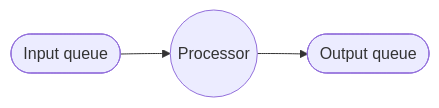
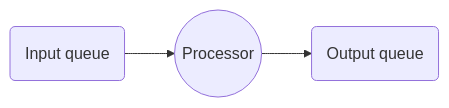
One commit to stevana/elastically-scalable-thread-pools changed the second of 2 diagrams in README.md. Above: the diagram before and after it, drawn with Mermaid.

Commit message:
Fix queue shapes also.

````diff
--- a/README.md
+++ b/README.md
@@ -53,4 +53,4 @@
 ```mermaid
 flowchart LR
-    I([Input queue]) --> P((Processor)) --> O([Output queue])
+    I(Input queue) --> P((Processor)) --> O(Output queue)
 ```
````
